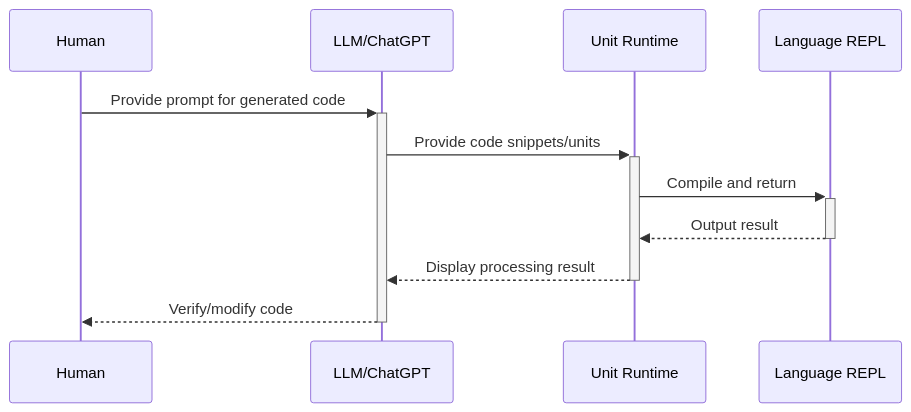
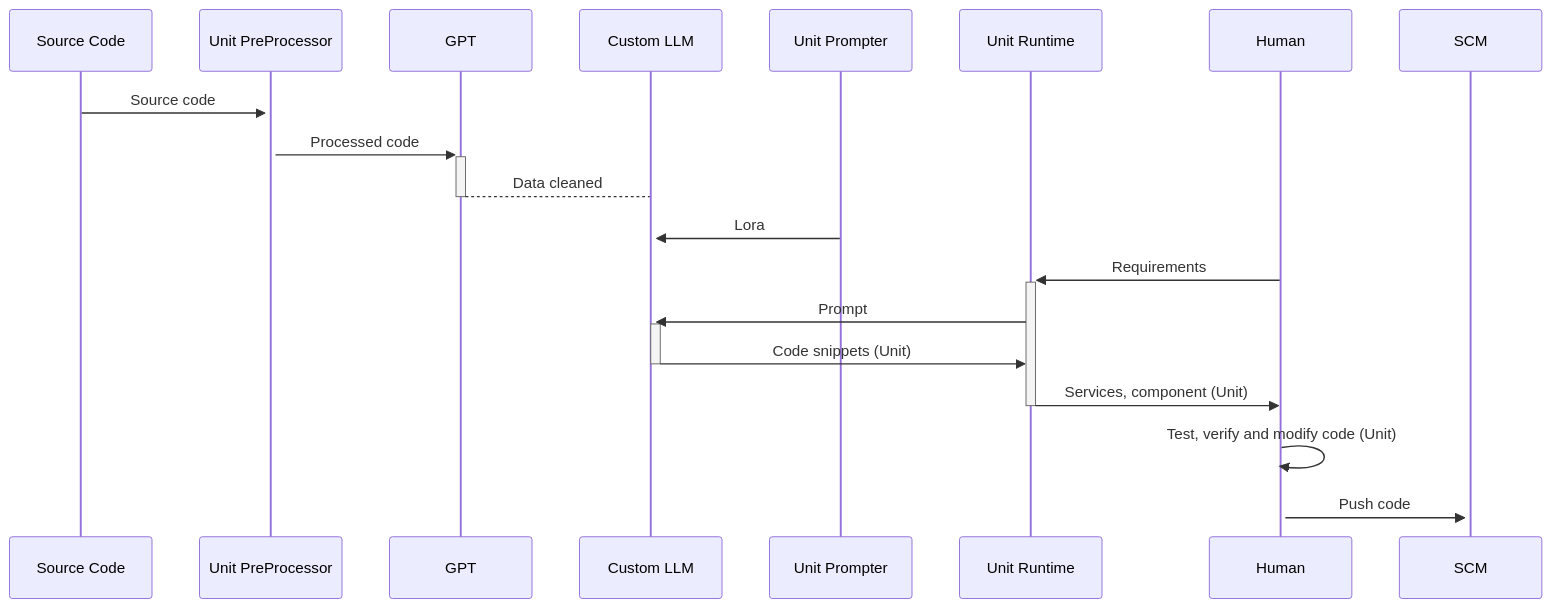
One commit to unit-mesh/unit-runtime changed the diagram in README.md. Above: the diagram before and after it, drawn with Mermaid.

````diff
--- a/README.md
+++ b/README.md
@@ -9,14 +9,21 @@
 ```mermaid
 sequenceDiagram
+    participant Source Code
+    participant Unit PreProcessor
+    participant GPT
+    participant Custom LLM
+    participant Unit Prompter
+    participant Unit Runtime
     participant Human
-    participant LLM/ChatGPT
-    participant Unit Runtime
-    participant Language REPL
 
-    Human->>+LLM/ChatGPT: Provide prompt for generated code
-    LLM/ChatGPT->>+Unit Runtime: Provide code snippets/units
-    Unit Runtime->>+Language REPL: Compile and return
-    Language REPL-->>-Unit Runtime: Output result
-    Unit Runtime-->>-LLM/ChatGPT: Display processing result
-    LLM/ChatGPT-->>-Human: Verify/modify code
+    Source Code->>+Unit PreProcessor: Source code
+    Unit PreProcessor->>+GPT: Processed code
+    GPT-->-Custom LLM: Data cleaned
+    Unit Prompter->>+Custom LLM: Lora
+    Human->>+Unit Runtime: Requirements
+    Unit Runtime->>+Custom LLM: Prompt
+    Custom LLM->>-Unit Runtime: Code snippets (Unit)
+    Unit Runtime->>-Human: Services, component  (Unit)
+    Human->>+Human: Test, verify and modify code (Unit)
+    Human->>+SCM: Push code
 ```
````
